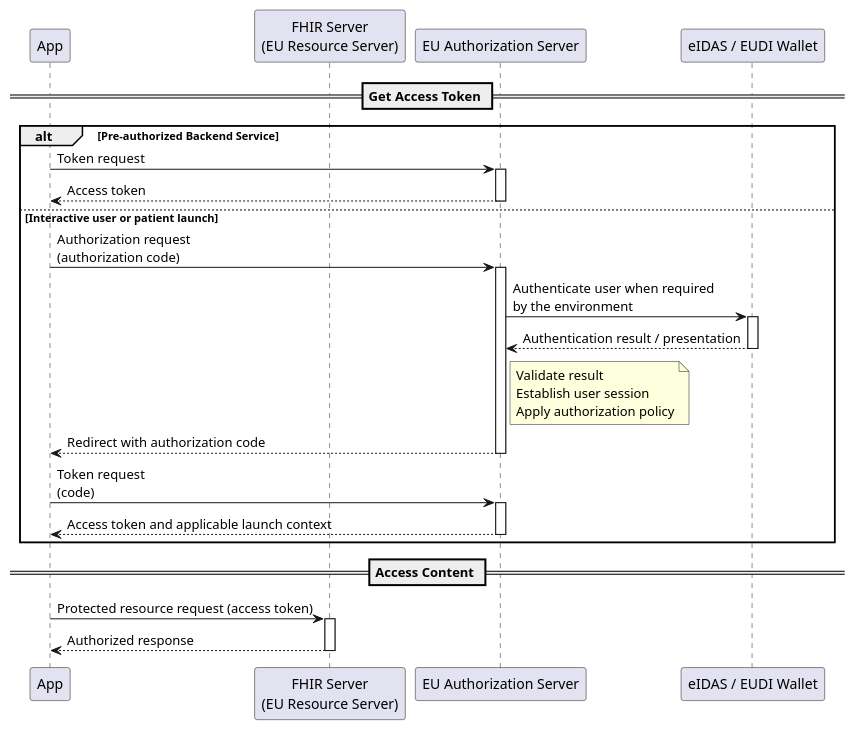
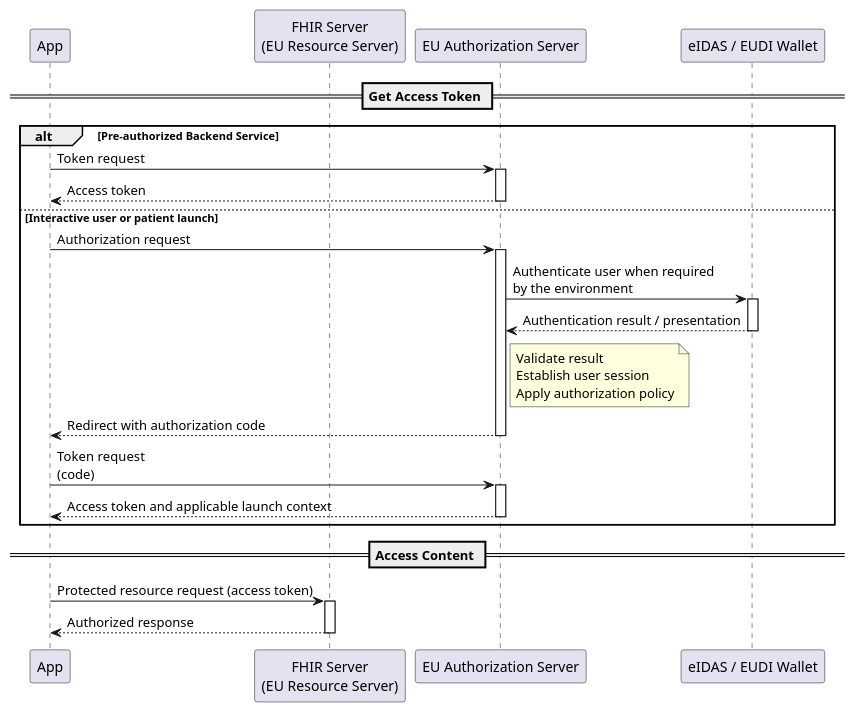
The diagram in input/images-source/authorization-eidas-sequence.plantuml (euridice-org/eu-health-data-api), drawn with PlantUML before and after one commit. The commit also changed 2 other files, not shown here.

Commit message:
Replaced other ascii-art diagrams with mermaid flow diagrams

```diff
--- a/input/images-source/authorization-eidas-sequence.plantuml
+++ b/input/images-source/authorization-eidas-sequence.plantuml
@@ -1,33 +1,33 @@
 @startuml authorization-eidas-sequence
 skinparam svgDimensionStyle false
 
 participant App
 participant "FHIR Server\n(EU Resource Server)" as FHIR
 participant "EU Authorization Server" as AS
 participant "eIDAS / EUDI Wallet" as eIDAS
 
 == Get Access Token ==
 
 alt Pre-authorized Backend Service
     App -> AS++: Token request
     App <-- AS--: Access token
 else Interactive user or patient launch
-    App -> AS++: Authorization request\n(authorization code)
+    App -> AS++: Authorization request
     AS -> eIDAS++: Authenticate user when required\nby the environment
     AS <-- eIDAS--: Authentication result / presentation
     note right of AS
         Validate result
         Establish user session
         Apply authorization policy
     end note
     App <-- AS--: Redirect with authorization code
     App -> AS++: Token request\n(code)
     App <-- AS--: Access token and applicable launch context
 end
 
 == Access Content ==
 
 App -> FHIR++: Protected resource request (access token)
 App <-- FHIR--: Authorized response
 
 @enduml
```
